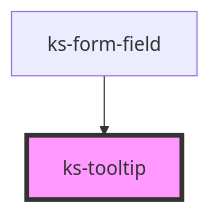
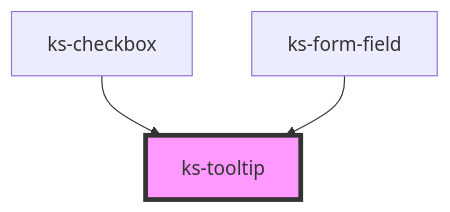
One commit to kickstand-ui/kickstand-ui changed the diagram in src/scripts/components/tooltip/readme.md. Above: the diagram before and after it, drawn with Mermaid. The commit also changed other lines of this file and 8 other files, not shown here.

````diff
--- a/src/scripts/components/tooltip/readme.md
+++ b/src/scripts/components/tooltip/readme.md
@@ -26,5 +27,6 @@
 ```mermaid
 graph TD;
+  ks-checkbox --> ks-tooltip
   ks-form-field --> ks-tooltip
   style ks-tooltip fill:#f9f,stroke:#333,stroke-width:4px
 ```
````
